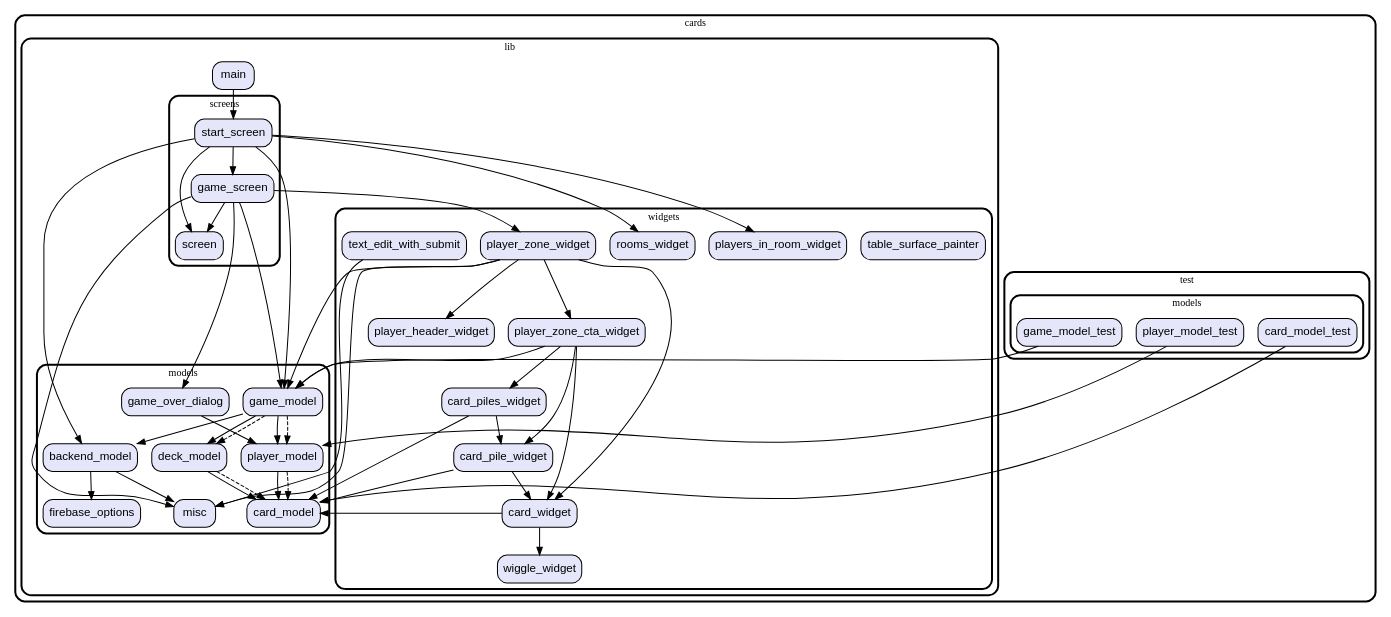
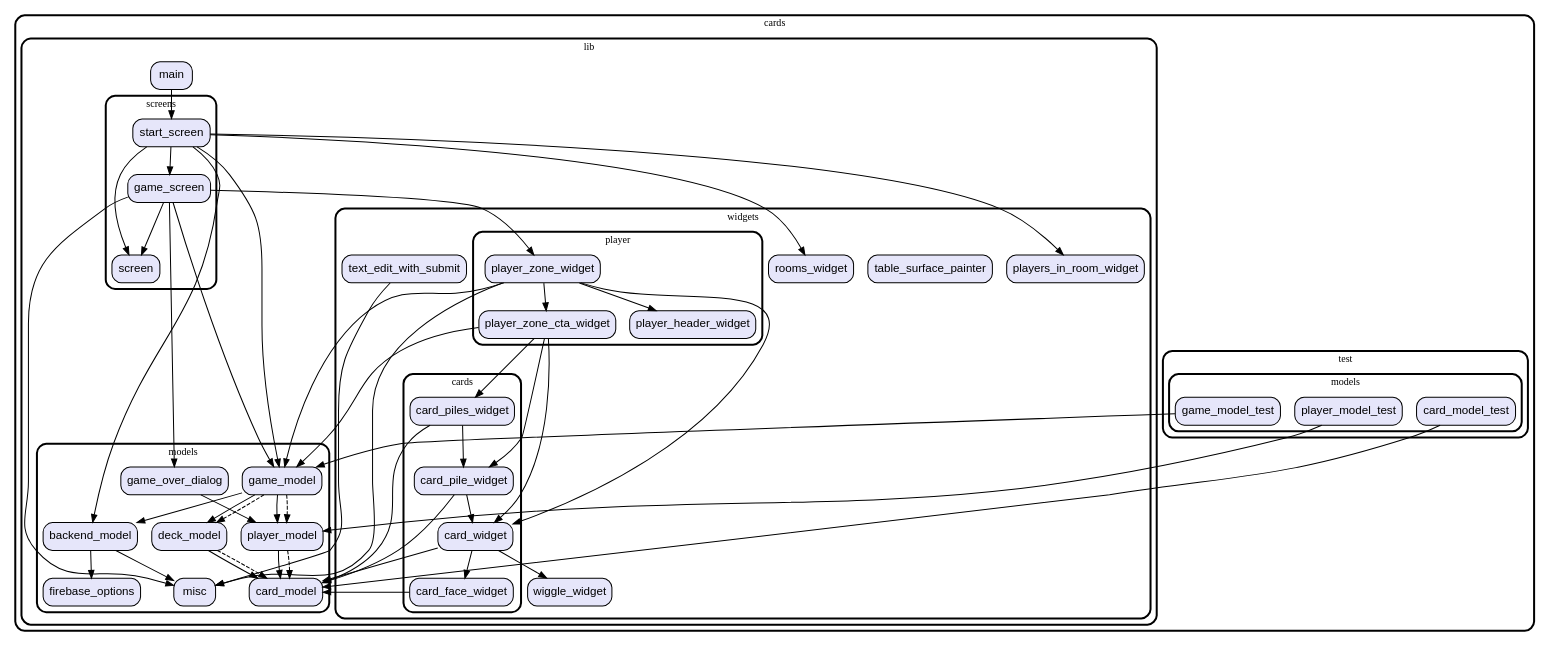
The diagram in graph.dot (vteam-com/Cards), drawn with Graphviz before and after one commit. The commit also changed 10 other files, not shown here.

```diff
--- a/graph.dot
+++ b/graph.dot
@@ -1,121 +1,131 @@
 digraph "" {
   graph [style=rounded fontname="Arial Black" fontsize=13 penwidth=2.6];
   node [shape=rect style="filled,rounded" fontname=Arial fontsize=15 fillcolor=Lavender penwidth=1.3];
   edge [penwidth=1.3];
   "/test/models/game_model_test.dart" [label="game_model_test"];
   "/test/models/player_model_test.dart" [label="player_model_test"];
   "/test/models/card_model_test.dart" [label="card_model_test"];
   "/lib/models/game_model.dart" [label="game_model"];
   "/lib/models/game_over_dialog.dart" [label="game_over_dialog"];
   "/lib/models/firebase_options.dart" [label="firebase_options"];
   "/lib/models/player_model.dart" [label="player_model"];
   "/lib/models/misc.dart" [label="misc"];
   "/lib/models/card_model.dart" [label="card_model"];
   "/lib/models/backend_model.dart" [label="backend_model"];
   "/lib/models/deck_model.dart" [label="deck_model"];
   "/lib/screens/game_screen.dart" [label="game_screen"];
   "/lib/screens/start_screen.dart" [label="start_screen"];
   "/lib/screens/screen.dart" [label="screen"];
   "/lib/main.dart" [label="main"];
-  "/lib/widgets/player_zone_cta_widget.dart" [label="player_zone_cta_widget"];
-  "/lib/widgets/card_pile_widget.dart" [label="card_pile_widget"];
   "/lib/widgets/table_surface_painter.dart" [label="table_surface_painter"];
-  "/lib/widgets/card_widget.dart" [label="card_widget"];
-  "/lib/widgets/player_header_widget.dart" [label="player_header_widget"];
+  "/lib/widgets/cards/card_pile_widget.dart" [label="card_pile_widget"];
+  "/lib/widgets/cards/card_widget.dart" [label="card_widget"];
+  "/lib/widgets/cards/card_face_widget.dart" [label="card_face_widget"];
+  "/lib/widgets/cards/card_piles_widget.dart" [label="card_piles_widget"];
   "/lib/widgets/wiggle_widget.dart" [label="wiggle_widget"];
   "/lib/widgets/players_in_room_widget.dart" [label="players_in_room_widget"];
   "/lib/widgets/text_edit_with_submit.dart" [label="text_edit_with_submit"];
   "/lib/widgets/rooms_widget.dart" [label="rooms_widget"];
-  "/lib/widgets/player_zone_widget.dart" [label="player_zone_widget"];
-  "/lib/widgets/card_piles_widget.dart" [label="card_piles_widget"];
+  "/lib/widgets/player/player_zone_cta_widget.dart" [label="player_zone_cta_widget"];
+  "/lib/widgets/player/player_header_widget.dart" [label="player_header_widget"];
+  "/lib/widgets/player/player_zone_widget.dart" [label="player_zone_widget"];
   subgraph "cluster~" {
     label="cards";
     subgraph "cluster~/test" {
       label="test";
       subgraph "cluster~/test/models" {
         label="models";
         "/test/models/game_model_test.dart";
         "/test/models/player_model_test.dart";
         "/test/models/card_model_test.dart";
       }
     }
     subgraph "cluster~/lib" {
       label="lib";
       "/lib/main.dart";
       subgraph "cluster~/lib/models" {
         label="models";
         "/lib/models/game_model.dart";
         "/lib/models/game_over_dialog.dart";
         "/lib/models/firebase_options.dart";
         "/lib/models/player_model.dart";
         "/lib/models/misc.dart";
         "/lib/models/card_model.dart";
         "/lib/models/backend_model.dart";
         "/lib/models/deck_model.dart";
       }
       subgraph "cluster~/lib/screens" {
         label="screens";
         "/lib/screens/game_screen.dart";
         "/lib/screens/start_screen.dart";
         "/lib/screens/screen.dart";
       }
       subgraph "cluster~/lib/widgets" {
         label="widgets";
-        "/lib/widgets/player_zone_cta_widget.dart";
-        "/lib/widgets/card_pile_widget.dart";
         "/lib/widgets/table_surface_painter.dart";
-        "/lib/widgets/card_widget.dart";
-        "/lib/widgets/player_header_widget.dart";
         "/lib/widgets/wiggle_widget.dart";
         "/lib/widgets/players_in_room_widget.dart";
         "/lib/widgets/text_edit_with_submit.dart";
         "/lib/widgets/rooms_widget.dart";
-        "/lib/widgets/player_zone_widget.dart";
-        "/lib/widgets/card_piles_widget.dart";
+        subgraph "cluster~/lib/widgets/cards" {
+          label="cards";
+          "/lib/widgets/cards/card_pile_widget.dart";
+          "/lib/widgets/cards/card_widget.dart";
+          "/lib/widgets/cards/card_face_widget.dart";
+          "/lib/widgets/cards/card_piles_widget.dart";
+        }
+        subgraph "cluster~/lib/widgets/player" {
+          label="player";
+          "/lib/widgets/player/player_zone_cta_widget.dart";
+          "/lib/widgets/player/player_header_widget.dart";
+          "/lib/widgets/player/player_zone_widget.dart";
+        }
       }
     }
   }
   "/test/models/game_model_test.dart" -> "/lib/models/game_model.dart";
   "/test/models/player_model_test.dart" -> "/lib/models/player_model.dart";
   "/test/models/card_model_test.dart" -> "/lib/models/card_model.dart";
   "/lib/models/game_model.dart" -> "/lib/models/backend_model.dart";
   "/lib/models/game_model.dart" -> "/lib/models/deck_model.dart";
   "/lib/models/game_model.dart" -> "/lib/models/player_model.dart";
   "/lib/models/game_model.dart" -> "/lib/models/deck_model.dart" [style=dashed];
   "/lib/models/game_model.dart" -> "/lib/models/player_model.dart" [style=dashed];
   "/lib/models/game_over_dialog.dart" -> "/lib/models/player_model.dart";
   "/lib/models/player_model.dart" -> "/lib/models/card_model.dart";
   "/lib/models/player_model.dart" -> "/lib/models/card_model.dart" [style=dashed];
   "/lib/models/backend_model.dart" -> "/lib/models/firebase_options.dart";
   "/lib/models/backend_model.dart" -> "/lib/models/misc.dart";
   "/lib/models/deck_model.dart" -> "/lib/models/card_model.dart";
   "/lib/models/deck_model.dart" -> "/lib/models/card_model.dart" [style=dashed];
   "/lib/screens/game_screen.dart" -> "/lib/models/game_model.dart";
   "/lib/screens/game_screen.dart" -> "/lib/models/game_over_dialog.dart";
   "/lib/screens/game_screen.dart" -> "/lib/models/misc.dart";
   "/lib/screens/game_screen.dart" -> "/lib/screens/screen.dart";
-  "/lib/screens/game_screen.dart" -> "/lib/widgets/player_zone_widget.dart";
+  "/lib/screens/game_screen.dart" -> "/lib/widgets/player/player_zone_widget.dart";
   "/lib/screens/start_screen.dart" -> "/lib/models/backend_model.dart";
   "/lib/screens/start_screen.dart" -> "/lib/models/game_model.dart";
   "/lib/screens/start_screen.dart" -> "/lib/screens/game_screen.dart";
   "/lib/screens/start_screen.dart" -> "/lib/screens/screen.dart";
   "/lib/screens/start_screen.dart" -> "/lib/widgets/players_in_room_widget.dart";
   "/lib/screens/start_screen.dart" -> "/lib/widgets/rooms_widget.dart";
   "/lib/main.dart" -> "/lib/screens/start_screen.dart";
-  "/lib/widgets/player_zone_cta_widget.dart" -> "/lib/models/game_model.dart";
-  "/lib/widgets/player_zone_cta_widget.dart" -> "/lib/widgets/card_pile_widget.dart";
-  "/lib/widgets/player_zone_cta_widget.dart" -> "/lib/widgets/card_piles_widget.dart";
-  "/lib/widgets/player_zone_cta_widget.dart" -> "/lib/widgets/card_widget.dart";
-  "/lib/widgets/card_pile_widget.dart" -> "/lib/models/card_model.dart";
-  "/lib/widgets/card_pile_widget.dart" -> "/lib/widgets/card_widget.dart";
-  "/lib/widgets/card_widget.dart" -> "/lib/models/card_model.dart";
-  "/lib/widgets/card_widget.dart" -> "/lib/widgets/wiggle_widget.dart";
+  "/lib/widgets/cards/card_pile_widget.dart" -> "/lib/models/card_model.dart";
+  "/lib/widgets/cards/card_pile_widget.dart" -> "/lib/widgets/cards/card_widget.dart";
+  "/lib/widgets/cards/card_widget.dart" -> "/lib/models/card_model.dart";
+  "/lib/widgets/cards/card_widget.dart" -> "/lib/widgets/cards/card_face_widget.dart";
+  "/lib/widgets/cards/card_widget.dart" -> "/lib/widgets/wiggle_widget.dart";
+  "/lib/widgets/cards/card_face_widget.dart" -> "/lib/models/card_model.dart";
+  "/lib/widgets/cards/card_piles_widget.dart" -> "/lib/models/card_model.dart";
+  "/lib/widgets/cards/card_piles_widget.dart" -> "/lib/widgets/cards/card_pile_widget.dart";
   "/lib/widgets/text_edit_with_submit.dart" -> "/lib/models/misc.dart";
-  "/lib/widgets/player_zone_widget.dart" -> "/lib/models/game_model.dart";
-  "/lib/widgets/player_zone_widget.dart" -> "/lib/models/misc.dart";
-  "/lib/widgets/player_zone_widget.dart" -> "/lib/widgets/card_widget.dart";
-  "/lib/widgets/player_zone_widget.dart" -> "/lib/widgets/player_header_widget.dart";
-  "/lib/widgets/player_zone_widget.dart" -> "/lib/widgets/player_zone_cta_widget.dart";
-  "/lib/widgets/card_piles_widget.dart" -> "/lib/models/card_model.dart";
-  "/lib/widgets/card_piles_widget.dart" -> "/lib/widgets/card_pile_widget.dart";
+  "/lib/widgets/player/player_zone_cta_widget.dart" -> "/lib/models/game_model.dart";
+  "/lib/widgets/player/player_zone_cta_widget.dart" -> "/lib/widgets/cards/card_pile_widget.dart";
+  "/lib/widgets/player/player_zone_cta_widget.dart" -> "/lib/widgets/cards/card_piles_widget.dart";
+  "/lib/widgets/player/player_zone_cta_widget.dart" -> "/lib/widgets/cards/card_widget.dart";
+  "/lib/widgets/player/player_zone_widget.dart" -> "/lib/models/game_model.dart";
+  "/lib/widgets/player/player_zone_widget.dart" -> "/lib/models/misc.dart";
+  "/lib/widgets/player/player_zone_widget.dart" -> "/lib/widgets/cards/card_widget.dart";
+  "/lib/widgets/player/player_zone_widget.dart" -> "/lib/widgets/player/player_header_widget.dart";
+  "/lib/widgets/player/player_zone_widget.dart" -> "/lib/widgets/player/player_zone_cta_widget.dart";
 }
```
